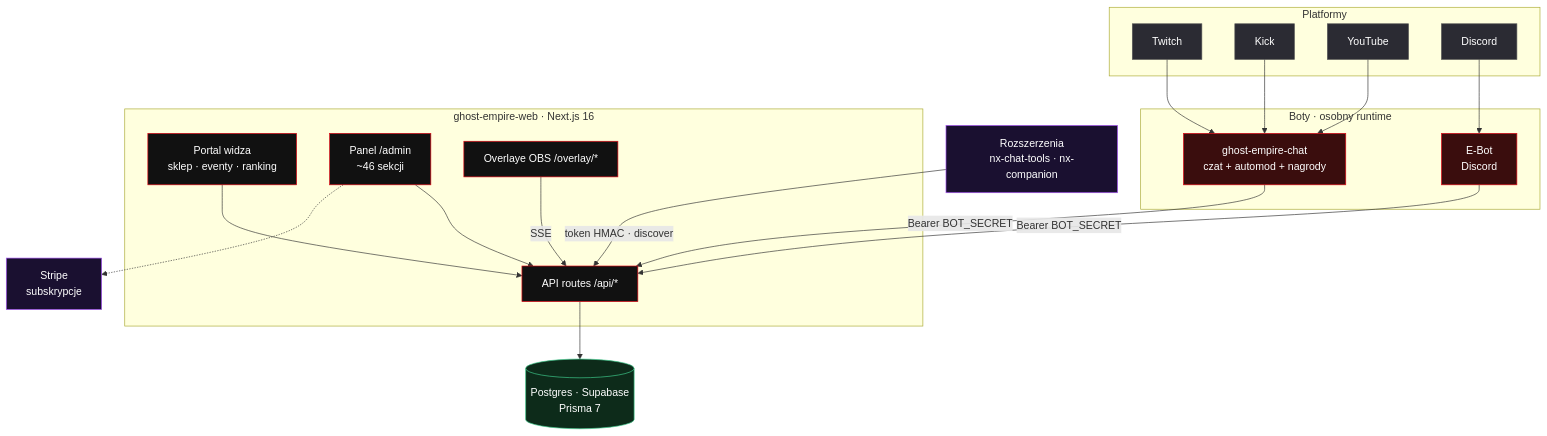
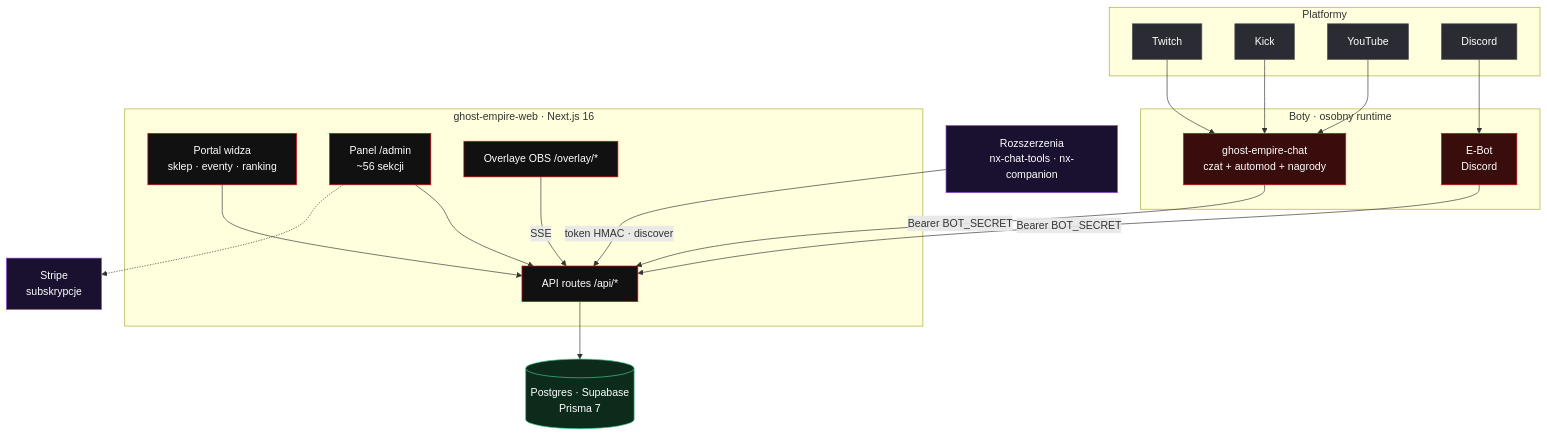
The diagram in README.md (Gh0s777tt/ghost-empire), drawn with Mermaid before and after one commit. The commit also changed other lines of this file and 1 other file, not shown here.

````diff
--- a/README.md
+++ b/README.md
@@ -60,41 +62,41 @@
 ```mermaid
 flowchart TD
   subgraph P["Platformy"]
     TW[Twitch]:::plt
     KI[Kick]:::plt
     YT[YouTube]:::plt
     DC[Discord]:::plt
   end
   subgraph B["Boty · osobny runtime"]
     CHAT["ghost-empire-chat<br/>czat + automod + nagrody"]:::bot
     EBOT["E-Bot<br/>Discord"]:::bot
   end
   subgraph W["ghost-empire-web · Next.js 16"]
     VIEW["Portal widza<br/>sklep · eventy · ranking"]:::web
-    ADMIN["Panel /admin<br/>~46 sekcji"]:::web
+    ADMIN["Panel /admin<br/>~56 sekcji"]:::web
     API["API routes /api/*"]:::web
     OVL["Overlaye OBS /overlay/*"]:::web
   end
   DB[("Postgres · Supabase<br/>Prisma 7")]:::db
   STR["Stripe<br/>subskrypcje"]:::ext
   EXT["Rozszerzenia<br/>nx-chat-tools · nx-companion"]:::ext
 
   TW --> CHAT
   KI --> CHAT
   YT --> CHAT
   DC --> EBOT
   CHAT -->|Bearer BOT_SECRET| API
   EBOT -->|Bearer BOT_SECRET| API
   VIEW --> API
   ADMIN --> API
   API --> DB
   ADMIN -.-> STR
   OVL -->|SSE| API
   EXT -->|token HMAC · discover| API
 
   classDef plt fill:#2b2b33,stroke:#555,color:#fff;
   classDef bot fill:#3a0d0d,stroke:#e50914,color:#fff;
   classDef web fill:#111,stroke:#e50914,color:#fff;
   classDef db fill:#0d2b1a,stroke:#3fcf8e,color:#fff;
   classDef ext fill:#1a1030,stroke:#a855f7,color:#fff;
 ```
````
